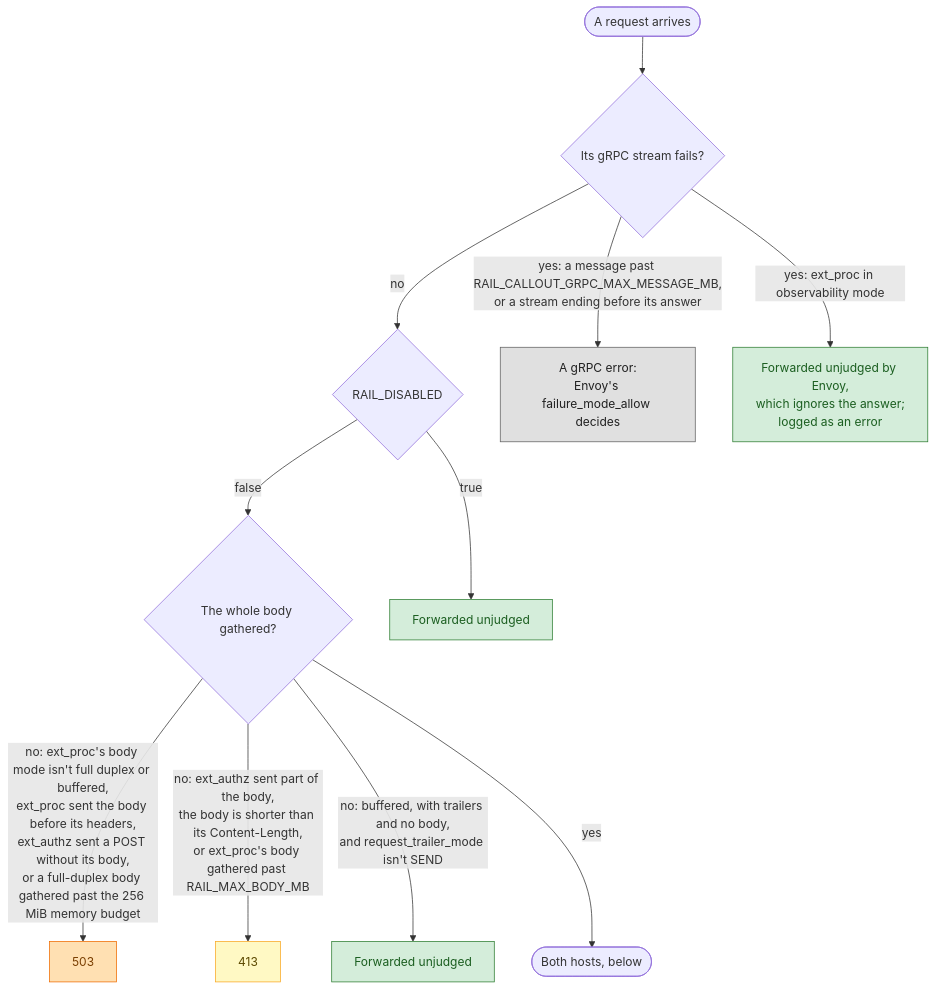
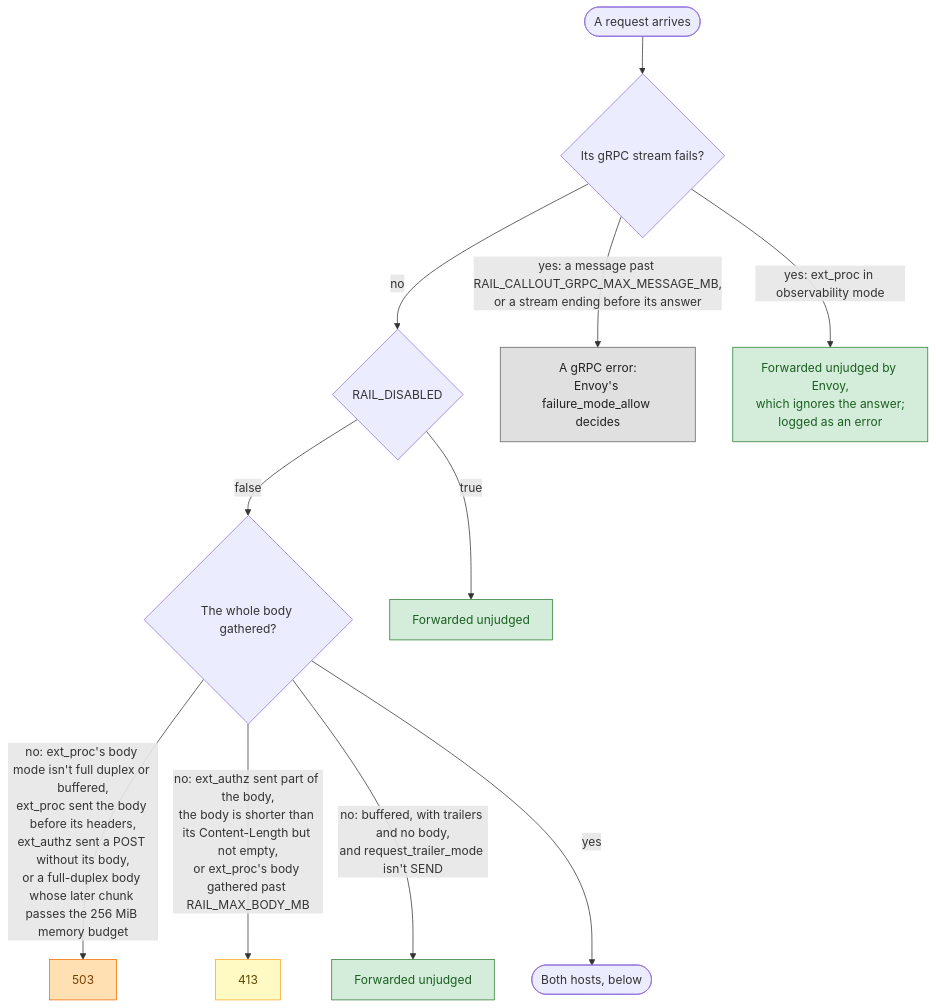
Before and after one commit to datrail/railguard: the first of 4 diagrams in GATEWAY.md, drawn with Mermaid. The commit also changed 20 other files, not shown here.

````diff
--- a/GATEWAY.md
+++ b/GATEWAY.md
@@ -12,31 +12,31 @@
 ```mermaid
 flowchart TD
   arrive([A request arrives])
   grpc{"Its gRPC stream fails?"}
   disabled{RAIL_DISABLED}
   whole{"The whole body gathered?"}
   both([Both hosts, below])
   e1["A gRPC error:<br>Envoy's failure_mode_allow decides"]:::grpcError
   e2["Forwarded unjudged by Envoy,<br>which ignores the answer;<br>logged as an error"]:::forwarded
   f1[Forwarded unjudged]:::forwarded
   f2[Forwarded unjudged]:::forwarded
   r1[503]:::cannotApply
   r2[413]:::tooLarge
 
   arrive --> grpc
   grpc -->|"yes: a message past RAIL_CALLOUT_GRPC_MAX_MESSAGE_MB,<br>or a stream ending before its answer"| e1
   grpc -->|"yes: ext_proc in observability mode"| e2
   grpc -->|no| disabled
   disabled -->|true| f1
   disabled -->|false| whole
-  whole -->|"no: ext_proc's body mode isn't full duplex or buffered,<br>ext_proc sent the body before its headers,<br>ext_authz sent a POST without its body,<br>or a full-duplex body gathered past the 256 MiB memory budget"| r1
-  whole -->|"no: ext_authz sent part of the body,<br>the body is shorter than its Content-Length,<br>or ext_proc's body gathered past RAIL_MAX_BODY_MB"| r2
+  whole -->|"no: ext_proc's body mode isn't full duplex or buffered,<br>ext_proc sent the body before its headers,<br>ext_authz sent a POST without its body,<br>or a full-duplex body whose later chunk passes the 256 MiB memory budget"| r1
+  whole -->|"no: ext_authz sent part of the body,<br>the body is shorter than its Content-Length but not empty,<br>or ext_proc's body gathered past RAIL_MAX_BODY_MB"| r2
   whole -->|"no: buffered, with trailers and no body,<br>and request_trailer_mode isn't SEND"| f2
   whole -->|yes| both
 
   classDef forwarded fill:#d4edda,stroke:#2e7d32,color:#1b5e20
   classDef denied fill:#f8d7da,stroke:#c62828,color:#7f0000
   classDef cannotApply fill:#ffe0b2,stroke:#ef6c00,color:#7a3e00
   classDef tooLarge fill:#fff9c4,stroke:#f9a825,color:#5d4a00
   classDef grpcError fill:#e0e0e0,stroke:#616161,color:#212121
 ```
````
